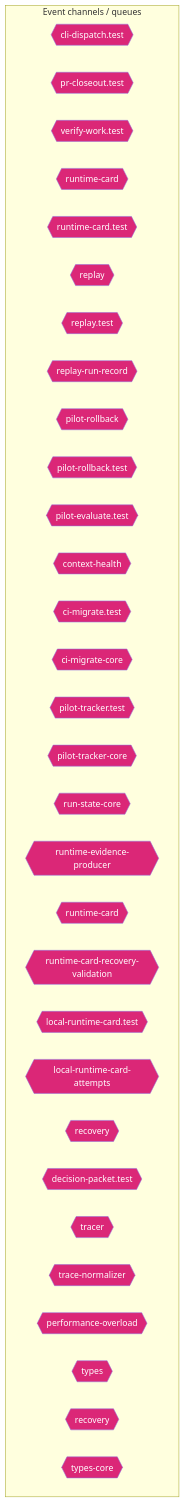
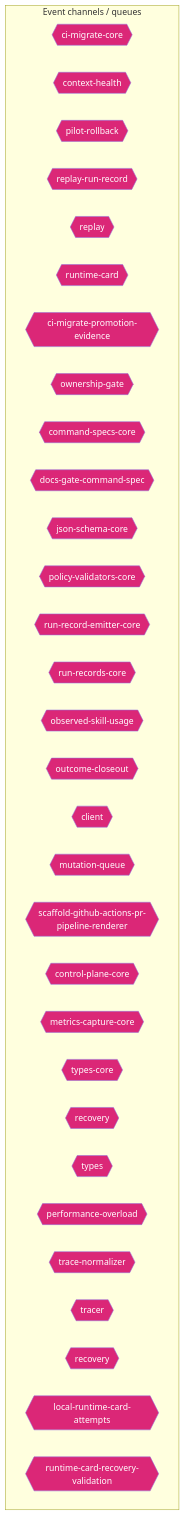
The ninth of 14 diagrams in AI/context/diagram-context.md (jscraik/coding-harness), drawn with Mermaid before and after one commit. The commit also changed other lines of this file and 74 other files, not shown here.

````diff
--- a/AI/context/diagram-context.md
+++ b/AI/context/diagram-context.md
@@ -1714,38 +933,38 @@
 ```mermaid
 flowchart TD
   subgraph Channels["Event channels / queues"]
-    cli_dispatch_test_54c9f17b{{"cli-dispatch.test"}}
-    pr_closeout_test_12a1ffdd{{"pr-closeout.test"}}
-    verify_work_test_0e12f6c5{{"verify-work.test"}}
+    ci_migrate_core_7005b5af{{"ci-migrate-core"}}
+    context_health_80bb7da9{{"context-health"}}
+    pilot_rollback_00c1f82c{{"pilot-rollback"}}
+    replay_run_record_9a08cce2{{"replay-run-record"}}
+    replay_ac203c98{{"replay"}}
     runtime_card_e06b53e1{{"runtime-card"}}
-    runtime_card_test_af812837{{"runtime-card.test"}}
-    replay_ac203c98{{"replay"}}
-    replay_test_935f7436{{"replay.test"}}
-    replay_run_record_9a08cce2{{"replay-run-record"}}
-    pilot_rollback_00c1f82c{{"pilot-rollback"}}
-    pilot_rollback_test_e61d5a2b{{"pilot-rollback.test"}}
-    pilot_evaluate_test_a2ac06fc{{"pilot-evaluate.test"}}
-    context_health_80bb7da9{{"context-health"}}
-    ci_migrate_test_2a015bb9{{"ci-migrate.test"}}
-    ci_migrate_core_7005b5af{{"ci-migrate-core"}}
-    pilot_tracker_test_80398a66{{"pilot-tracker.test"}}
-    pilot_tracker_core_80d8ac96{{"pilot-tracker-core"}}
-    run_state_core_25a955bc{{"run-state-core"}}
-    runtime_evidence_producer_ea388cb5{{"runtime-evidence-producer"}}
-    runtime_card_1_465a49d2{{"runtime-card"}}
+    ci_migrate_promotion_evidence_1a2dc527{{"ci-migrate-promotion-evidence"}}
+    ownership_gate_2e194d13{{"ownership-gate"}}
+    command_specs_core_1c0ffc99{{"command-specs-core"}}
+    docs_gate_command_spec_16795187{{"docs-gate-command-spec"}}
+    json_schema_core_96d7e328{{"json-schema-core"}}
+    policy_validators_core_714a3fe7{{"policy-validators-core"}}
+    run_record_emitter_core_688049d5{{"run-record-emitter-core"}}
+    run_records_core_89286dfa{{"run-records-core"}}
+    observed_skill_usage_ed7d5930{{"observed-skill-usage"}}
+    outcome_closeout_ba497ec2{{"outcome-closeout"}}
+    client_948fe603{{"client"}}
+    mutation_queue_ce5a530e{{"mutation-queue"}}
+    scaffold_github_actions_pr_pipeline_renderer_1ee18de5{{"scaffold-github-actions-pr-pipeline-renderer"}}
+    control_plane_core_db3b4cb2{{"control-plane-core"}}
+    metrics_capture_core_db4bf7cf{{"metrics-capture-core"}}
+    types_core_1_8bd0f8fd{{"types-core"}}
+    recovery_8c585378{{"recovery"}}
+    types_14_fe7507be{{"types"}}
+    performance_overload_c685bfcf{{"performance-overload"}}
+    trace_normalizer_cb1be1d2{{"trace-normalizer"}}
+    tracer_1e6243a2{{"tracer"}}
+    recovery_1_4d1804ab{{"recovery"}}
+    local_runtime_card_attempts_28aa46ea{{"local-runtime-card-attempts"}}
     runtime_card_recovery_validation_e216d883{{"runtime-card-recovery-validation"}}
-    local_runtime_card_test_b508222b{{"local-runtime-card.test"}}
-    local_runtime_card_attempts_28aa46ea{{"local-runtime-card-attempts"}}
-    recovery_8c585378{{"recovery"}}
-    decision_packet_test_9ea0e97b{{"decision-packet.test"}}
-    tracer_1e6243a2{{"tracer"}}
-    trace_normalizer_cb1be1d2{{"trace-normalizer"}}
-    performance_overload_c685bfcf{{"performance-overload"}}
-    types_9_1db4641f{{"types"}}
-    recovery_1_4d1804ab{{"recovery"}}
-    types_core_e405ddca{{"types-core"}}
   end
   classDef eventNode fill:#db2777,color:#fff
-  class cli_dispatch_test_54c9f17b,pr_closeout_test_12a1ffdd,verify_work_test_0e12f6c5,runtime_card_e06b53e1,runtime_card_test_af812837,replay_ac203c98,replay_test_935f7436,replay_run_record_9a08cce2,pilot_rollback_00c1f82c,pilot_rollback_test_e61d5a2b,pilot_evaluate_test_a2ac06fc,context_health_80bb7da9,ci_migrate_test_2a015bb9,ci_migrate_core_7005b5af,pilot_tracker_test_80398a66,pilot_tracker_core_80d8ac96,run_state_core_25a955bc,runtime_evidence_producer_ea388cb5,runtime_card_1_465a49d2,runtime_card_recovery_validation_e216d883,local_runtime_card_test_b508222b,local_runtime_card_attempts_28aa46ea,recovery_8c585378,decision_packet_test_9ea0e97b,tracer_1e6243a2,trace_normalizer_cb1be1d2,performance_overload_c685bfcf,types_9_1db4641f,recovery_1_4d1804ab,types_core_e405ddca eventNode
+  class ci_migrate_core_7005b5af,context_health_80bb7da9,pilot_rollback_00c1f82c,replay_run_record_9a08cce2,replay_ac203c98,runtime_card_e06b53e1,ci_migrate_promotion_evidence_1a2dc527,ownership_gate_2e194d13,command_specs_core_1c0ffc99,docs_gate_command_spec_16795187,json_schema_core_96d7e328,policy_validators_core_714a3fe7,run_record_emitter_core_688049d5,run_records_core_89286dfa,observed_skill_usage_ed7d5930,outcome_closeout_ba497ec2,client_948fe603,mutation_queue_ce5a530e,scaffold_github_actions_pr_pipeline_renderer_1ee18de5,control_plane_core_db3b4cb2,metrics_capture_core_db4bf7cf,types_core_1_8bd0f8fd,recovery_8c585378,types_14_fe7507be,performance_overload_c685bfcf,trace_normalizer_cb1be1d2,tracer_1e6243a2,recovery_1_4d1804ab,local_runtime_card_attempts_28aa46ea,runtime_card_recovery_validation_e216d883 eventNode
 
 ```
````
